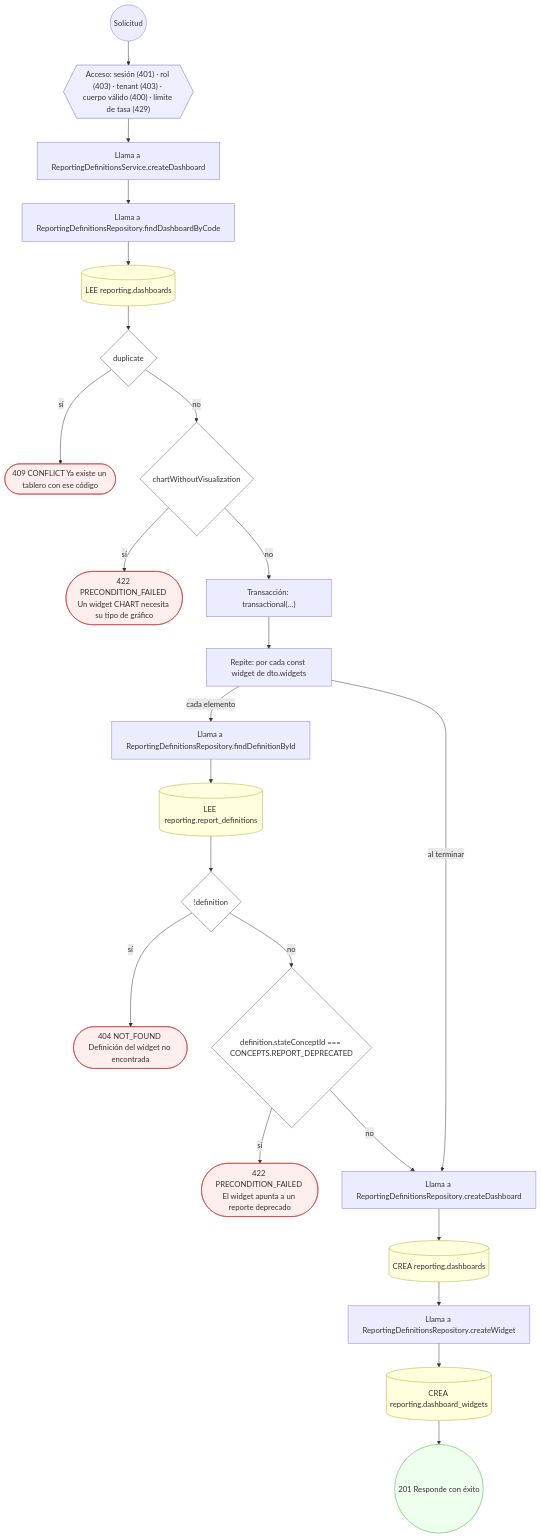
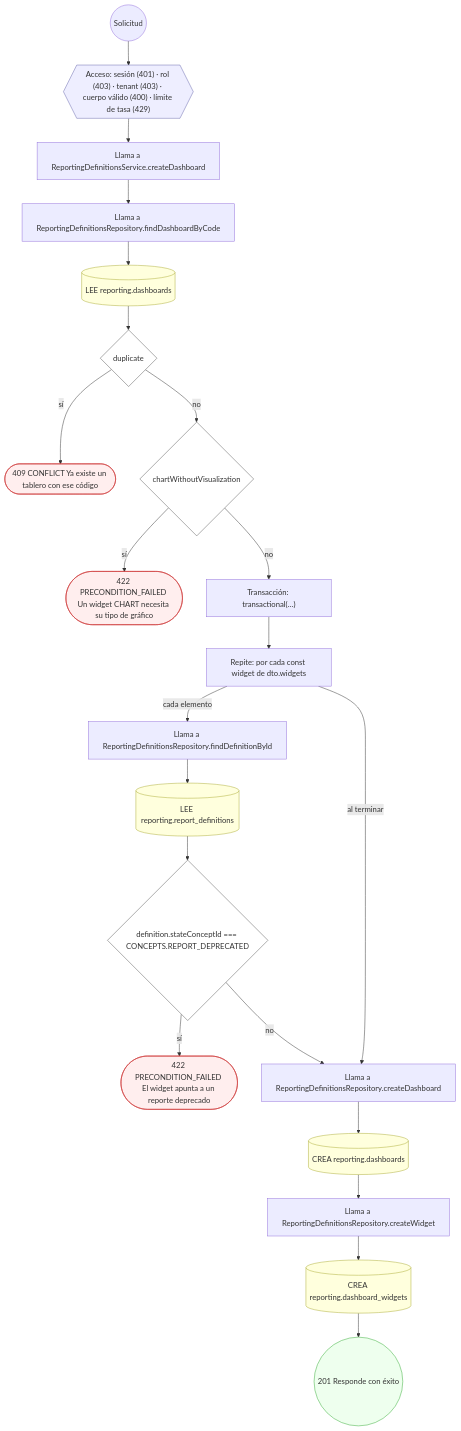
The second of 13 diagrams in docs/inventario/flujos/reporting.md (mdavila-2001/mantra-core-health-api), drawn with Mermaid before and after one commit. The commit also changed other lines of this file and 438 other files, not shown here.

````diff
--- a/docs/inventario/flujos/reporting.md
+++ b/docs/inventario/flujos/reporting.md
@@ -207,53 +202,49 @@
 ```mermaid
 flowchart TD
   n1(("Solicitud")):::inicio
   n2{{"Acceso: sesión (401) · rol (403) · tenant (403) · cuerpo válido (400) · límite de tasa (429)"}}:::acceso
   n1 --> n2
   n3["Llama a ReportingDefinitionsService.createDashboard"]:::llamada
   n2 --> n3
   n4["Llama a ReportingDefinitionsRepository.findDashboardByCode"]:::llamada
   n3 --> n4
   n5[("LEE reporting.dashboards")]:::efecto
   n4 --> n5
   n6{"duplicate"}:::decision
   n5 --> n6
   n7(["409 CONFLICT Ya existe un tablero con ese código"]):::error
   n6 -->|"sí"| n7
   n8{"chartWithoutVisualization"}:::decision
   n6 -->|"no"| n8
   n9(["422 PRECONDITION_FAILED Un widget CHART necesita su tipo de gráfico"]):::error
   n8 -->|"sí"| n9
   n10["Transacción: transactional(…)"]:::transaccion
   n8 -->|"no"| n10
   n11["Repite: por cada const widget de dto.widgets"]:::bucle
   n10 --> n11
   n12["Llama a ReportingDefinitionsRepository.findDefinitionById"]:::llamada
   n11 -->|"cada elemento"| n12
   n13[("LEE reporting.report_definitions")]:::efecto
   n12 --> n13
-  n14{"!definition"}:::decision
+  n14{"definition.stateConceptId === CONCEPTS.REPORT_DEPRECATED"}:::decision
   n13 --> n14
-  n15(["404 NOT_FOUND Definición del widget no encontrada"]):::error
+  n15(["422 PRECONDITION_FAILED El widget apunta a un reporte deprecado"]):::error
   n14 -->|"sí"| n15
-  n16{"definition.stateConceptId === CONCEPTS.REPORT_DEPRECATED"}:::decision
+  n16["Llama a ReportingDefinitionsRepository.createDashboard"]:::llamada
   n14 -->|"no"| n16
-  n17(["422 PRECONDITION_FAILED El widget apunta a un reporte deprecado"]):::error
-  n16 -->|"sí"| n17
-  n18["Llama a ReportingDefinitionsRepository.createDashboard"]:::llamada
-  n16 -->|"no"| n18
-  n11 -->|"al terminar"| n18
-  n19[("CREA reporting.dashboards")]:::efecto
+  n11 -->|"al terminar"| n16
+  n17[("CREA reporting.dashboards")]:::efecto
+  n16 --> n17
+  n18["Llama a ReportingDefinitionsRepository.createWidget"]:::llamada
+  n17 --> n18
+  n19[("CREA reporting.dashboard_widgets")]:::efecto
   n18 --> n19
-  n20["Llama a ReportingDefinitionsRepository.createWidget"]:::llamada
+  n20(("201 Responde con éxito")):::ok
   n19 --> n20
-  n21[("CREA reporting.dashboard_widgets")]:::efecto
-  n20 --> n21
-  n22(("201 Responde con éxito")):::ok
-  n21 --> n22
   classDef acceso fill:#eef,stroke:#66a
   classDef error fill:#fee,stroke:#c33
   classDef ok fill:#efe,stroke:#3a3
   classDef efecto fill:#ffd,stroke:#aa3
   classDef decision fill:#fff,stroke:#555
   classDef corte fill:#eee,stroke:#999,stroke-dasharray: 4
 ```
````
